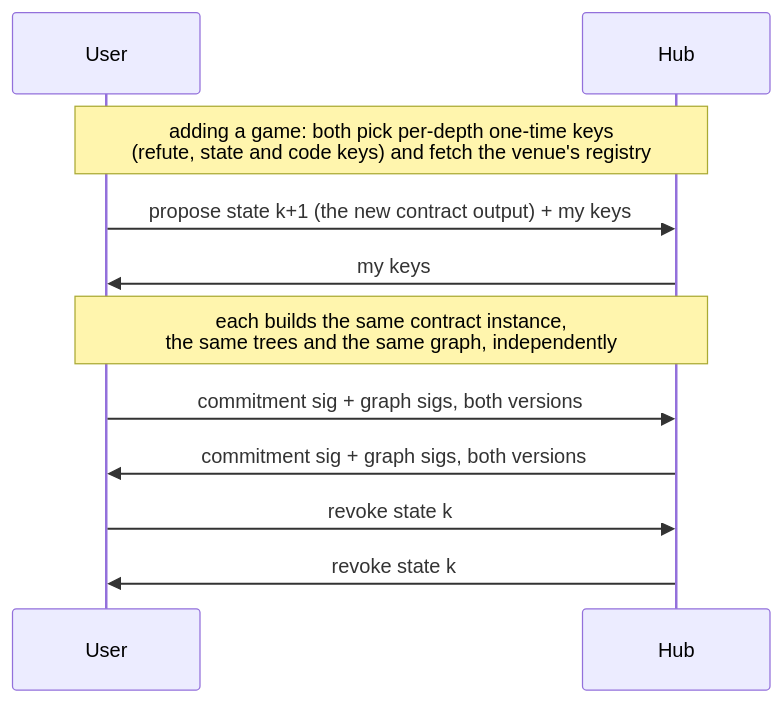
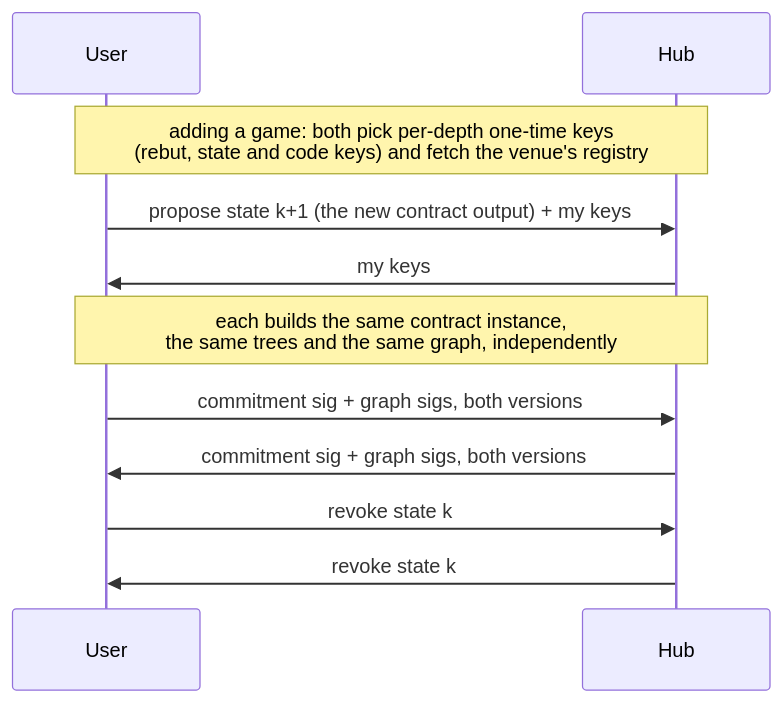
One commit to AdamISZ/ln-gap changed the second of 3 diagrams in docs/presigned-graph.md. Above: the diagram before and after it, drawn with Mermaid. The commit also changed other lines of this file and 86 other files, not shown here.

First line of the commit message:
Rename "refute"/"refutation" to "rebut"/"rebuttal" throughout

````diff
--- a/docs/presigned-graph.md
+++ b/docs/presigned-graph.md
@@ -101,13 +101,13 @@
 ```mermaid
 sequenceDiagram
     participant U as User
     participant H as Hub
-    Note over U,H: adding a game: both pick per-depth one-time keys<br/>(refute, state and code keys) and fetch the venue's registry
+    Note over U,H: adding a game: both pick per-depth one-time keys<br/>(rebut, state and code keys) and fetch the venue's registry
     U->>H: propose state k+1 (the new contract output) + my keys
     H->>U: my keys
     Note over U,H: each builds the same contract instance,<br/>the same trees and the same graph, independently
     U->>H: commitment sig + graph sigs, both versions
     H->>U: commitment sig + graph sigs, both versions
     U->>H: revoke state k
     H->>U: revoke state k
 ```
````
